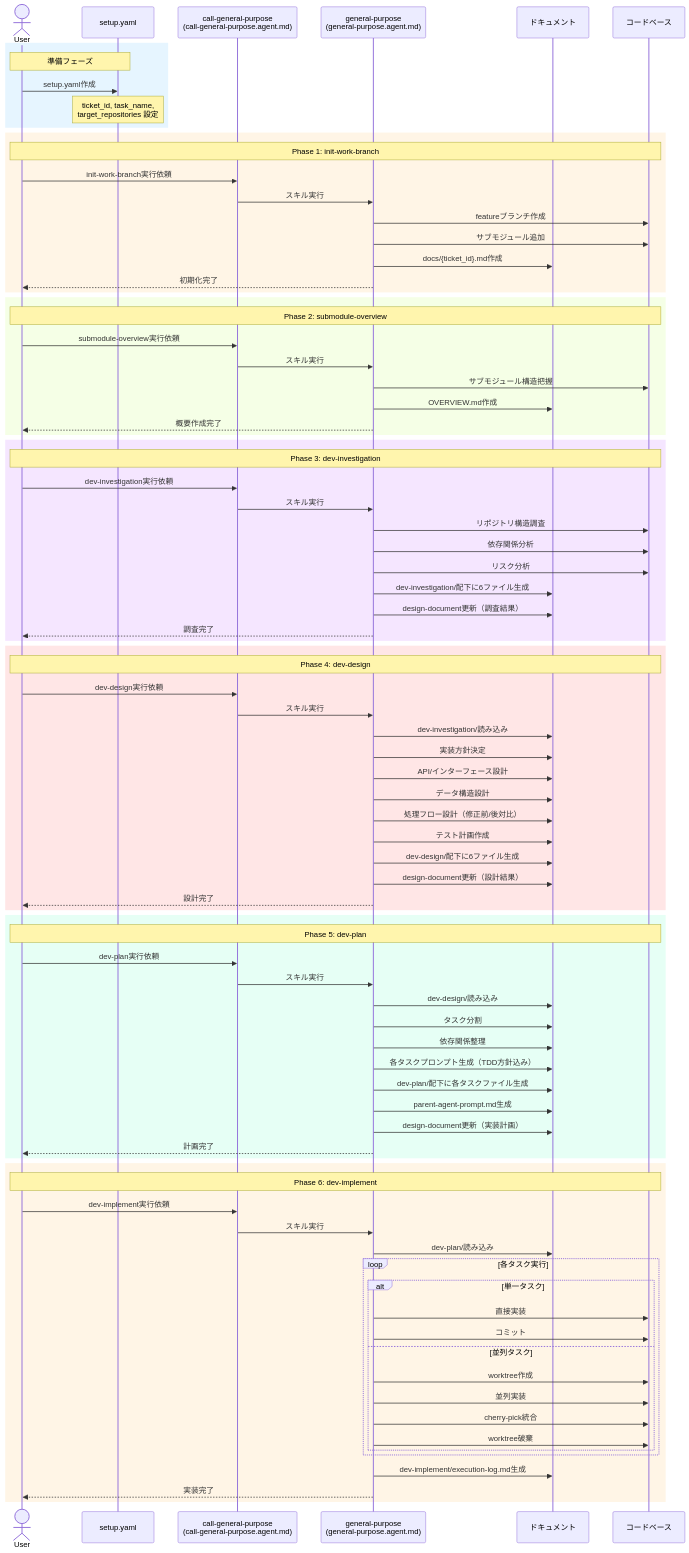
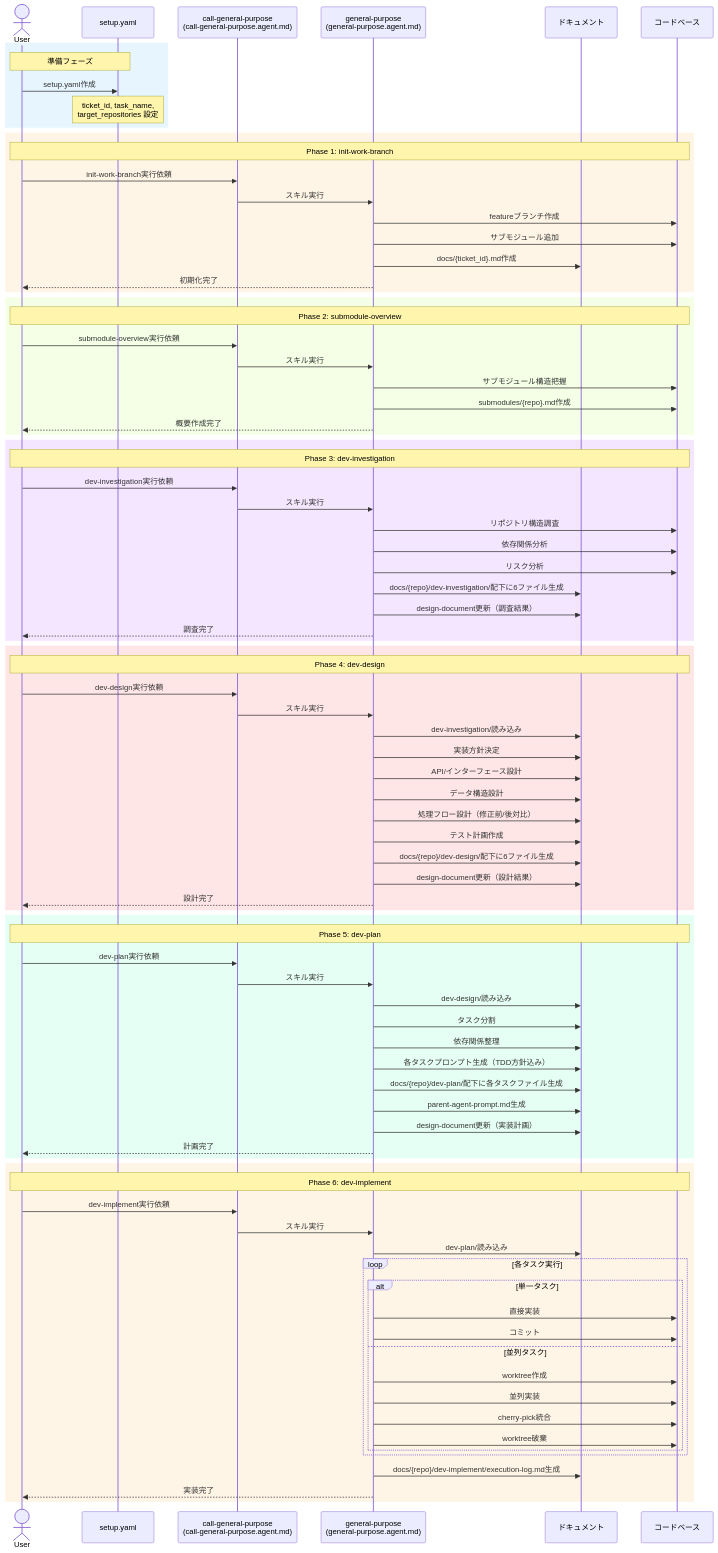
Before and after one commit to NagasakaH/dev-process: the second of 4 diagrams in README.md, drawn with Mermaid. The commit also changed other lines of this file and 4 other files, not shown here.

````diff
--- a/README.md
+++ b/README.md
@@ -122,7 +122,7 @@
         User->>CGP: submodule-overview実行依頼
         CGP->>GP: スキル実行
         GP->>Code: サブモジュール構造把握
-        GP->>Docs: OVERVIEW.md作成
+        GP->>Code: submodules/{repo}.md作成
         GP-->>User: 概要作成完了
     end
     
@@ -134,7 +134,7 @@
         GP->>Code: リポジトリ構造調査
         GP->>Code: 依存関係分析
         GP->>Code: リスク分析
-        GP->>Docs: dev-investigation/配下に6ファイル生成
+        GP->>Docs: docs/{repo}/dev-investigation/配下に6ファイル生成
         GP->>Docs: design-document更新（調査結果）
         GP-->>User: 調査完了
     end
@@ -150,7 +150,7 @@
         GP->>Docs: データ構造設計
         GP->>Docs: 処理フロー設計（修正前/後対比）
         GP->>Docs: テスト計画作成
-        GP->>Docs: dev-design/配下に6ファイル生成
+        GP->>Docs: docs/{repo}/dev-design/配下に6ファイル生成
         GP->>Docs: design-document更新（設計結果）
         GP-->>User: 設計完了
     end
@@ -164,7 +164,7 @@
         GP->>Docs: タスク分割
         GP->>Docs: 依存関係整理
         GP->>Docs: 各タスクプロンプト生成（TDD方針込み）
-        GP->>Docs: dev-plan/配下に各タスクファイル生成
+        GP->>Docs: docs/{repo}/dev-plan/配下に各タスクファイル生成
         GP->>Docs: parent-agent-prompt.md生成
         GP->>Docs: design-document更新（実装計画）
         GP-->>User: 計画完了
@@ -189,7 +189,7 @@
             end
         end
         
-        GP->>Docs: dev-implement/execution-log.md生成
+        GP->>Docs: docs/{repo}/dev-implement/execution-log.md生成
         GP-->>User: 実装完了
     end
 ```
````
